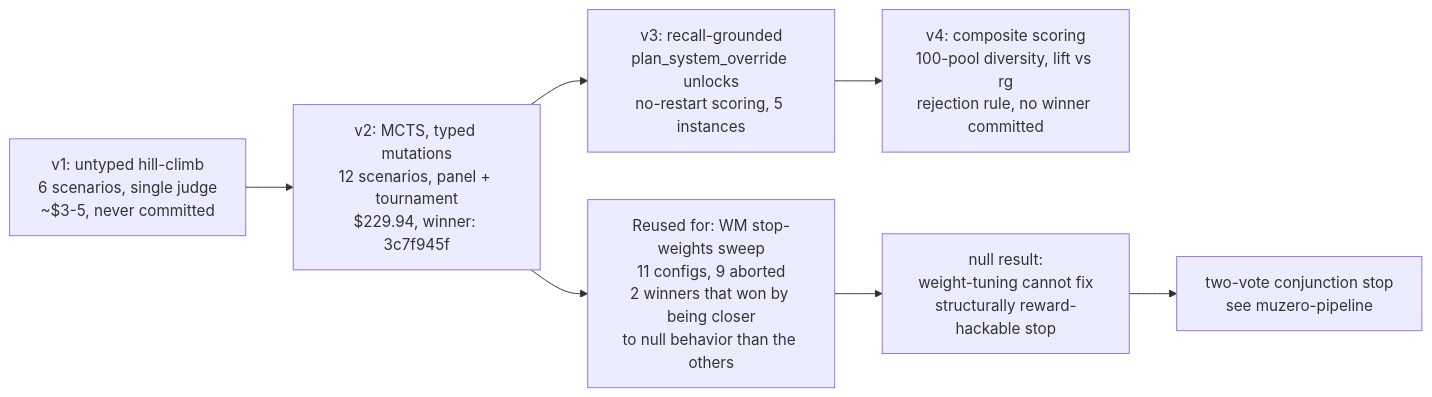
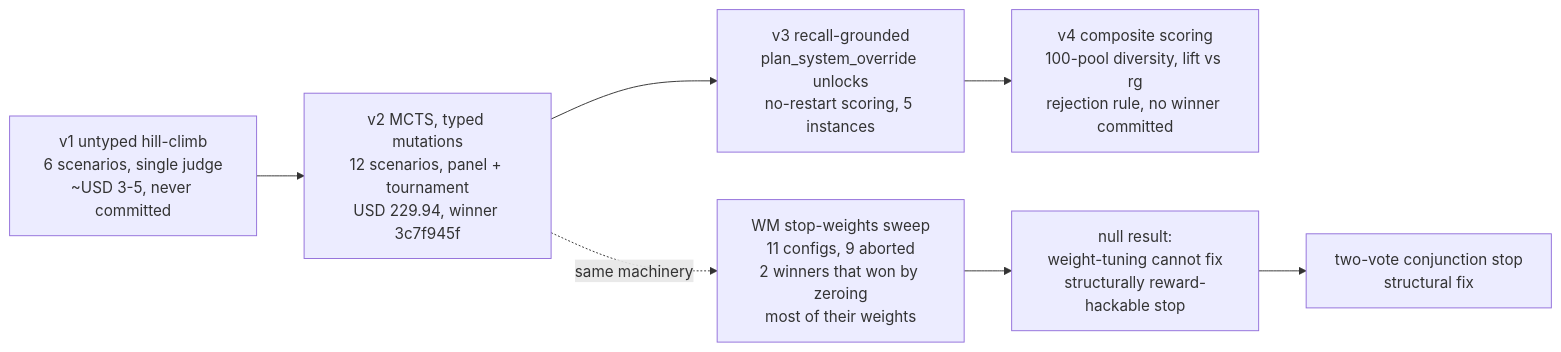
Before and after one commit to samrathchadha/perseusresearch: the first of 4 diagrams in src/content/essays/autoresearch-saga.mdx, drawn with Mermaid. The commit also changed other lines of this file and 27 other files, not shown here.

````diff
--- a/src/content/essays/autoresearch-saga.mdx
+++ b/src/content/essays/autoresearch-saga.mdx
@@ -651,10 +33,9 @@
 ```mermaid
 flowchart LR
-    A[v1: untyped hill-climb\n6 scenarios, single judge\n~$3-5, never committed] --> B[v2: MCTS, typed mutations\n12 scenarios, panel + tournament\n$229.94, winner: 3c7f945f]
-    B --> C[v3: recall-grounded\nplan_system_override unlocks\nno-restart scoring, 5 instances]
-    C --> D[v4: composite scoring\n100-pool diversity, lift vs rg\nrejection rule, no winner committed]
-
-    B --> E[Reused for: WM stop-weights sweep\n11 configs, 9 aborted\n2 winners that won by being closer\nto null behavior than the others]
-    E --> F[null result:\nweight-tuning cannot fix\nstructurally reward-hackable stop]
-    F --> G[two-vote conjunction stop\nsee muzero-pipeline]
+    A[v1 untyped hill-climb<br/>6 scenarios, single judge<br/>~USD 3-5, never committed] --> B[v2 MCTS, typed mutations<br/>12 scenarios, panel + tournament<br/>USD 229.94, winner 3c7f945f]
+    B --> C[v3 recall-grounded<br/>plan_system_override unlocks<br/>no-restart scoring, 5 instances]
+    C --> D[v4 composite scoring<br/>100-pool diversity, lift vs rg<br/>rejection rule, no winner committed]
+    B -. same machinery .-> E[WM stop-weights sweep<br/>11 configs, 9 aborted<br/>2 winners that won by zeroing<br/>most of their weights]
+    E --> F[null result:<br/>weight-tuning cannot fix<br/>structurally reward-hackable stop]
+    F --> G[two-vote conjunction stop<br/>structural fix]
 ```
````
